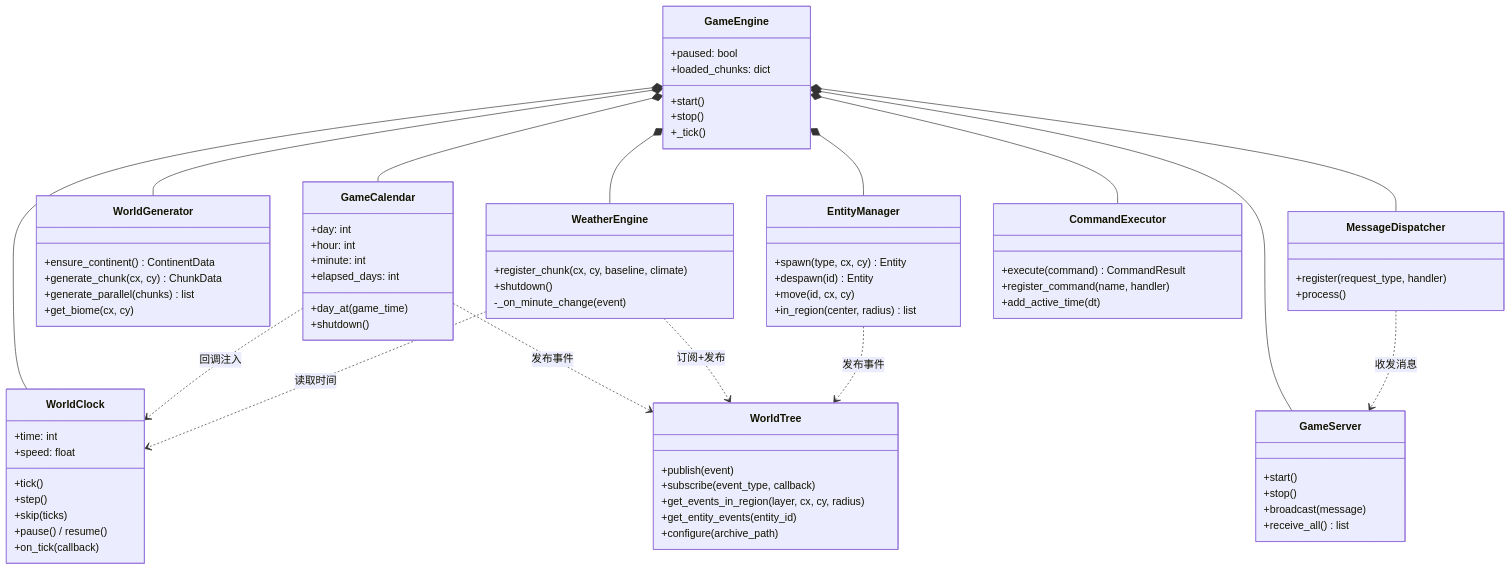
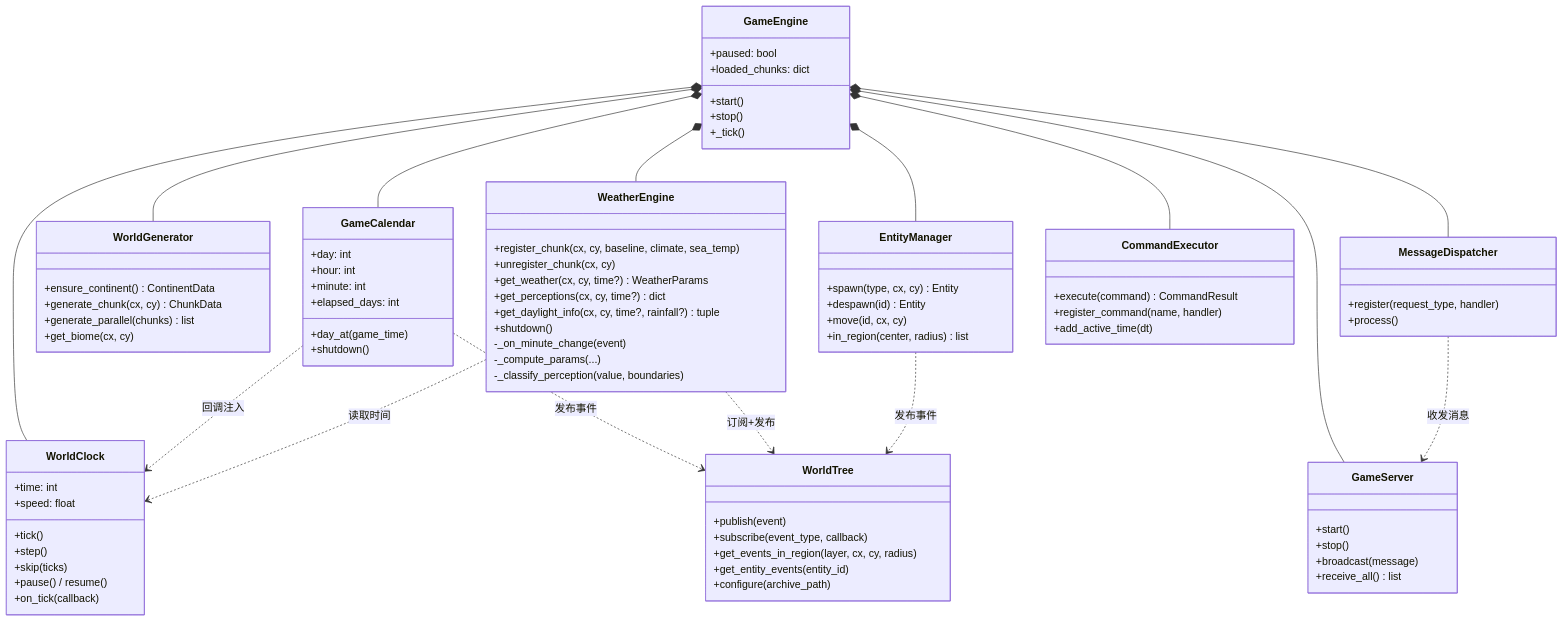
The sixth of 6 diagrams in docs/diagrams/architecture.md (Jedidiah-Zhang/Ascend), drawn with Mermaid before and after one commit. The commit also changed 2 other files, not shown here.

Commit message:
docs(天气): 更新季节气候设计/技术文档、架构图
- 设计.md：四层叠加增加日照强度维度说明，事件体系从数值阈值
  改为感知分类 + 查询 API 双通道，添加全部感知类别表格
- 技术.md：每 tick 流程更新为感知类别比较，事件 schema 添加
  perception 字段，新增 get_weather/get_daylight_info API 文档，
  调参常量添加 5 组感知边界，更新下游消费列表
- architecture.md：WeatherEngine 类图添加 3 个查询 API 方法签名

```diff
--- a/docs/diagrams/architecture.md
+++ b/docs/diagrams/architecture.md
@@ -213,9 +213,15 @@
     }
 
     class WeatherEngine {
-        +register_chunk(cx, cy, baseline, climate)
+        +register_chunk(cx, cy, baseline, climate, sea_temp)
+        +unregister_chunk(cx, cy)
+        +get_weather(cx, cy, time?) WeatherParams
+        +get_perceptions(cx, cy, time?) dict
+        +get_daylight_info(cx, cy, time?, rainfall?) tuple
         +shutdown()
         -_on_minute_change(event)
+        -_compute_params(...)
+        -_classify_perception(value, boundaries)
     }
 
     class EntityManager {
```
